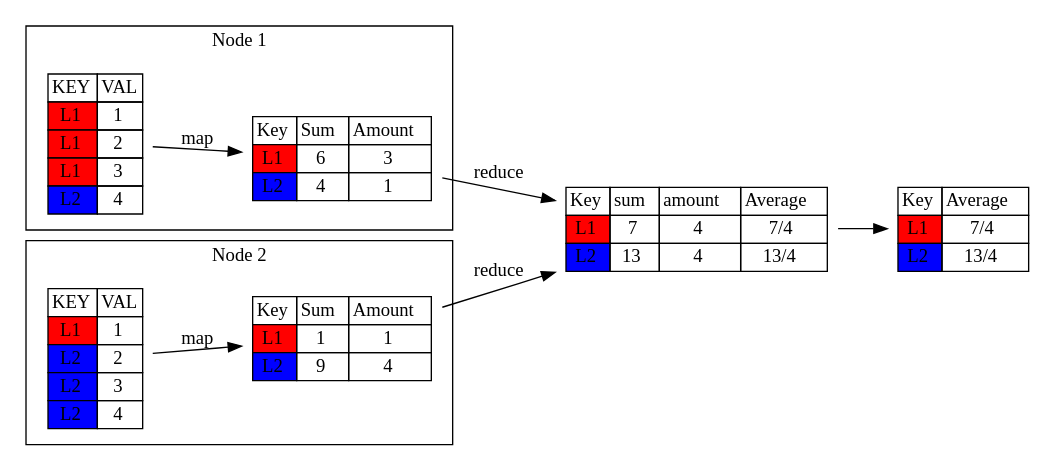
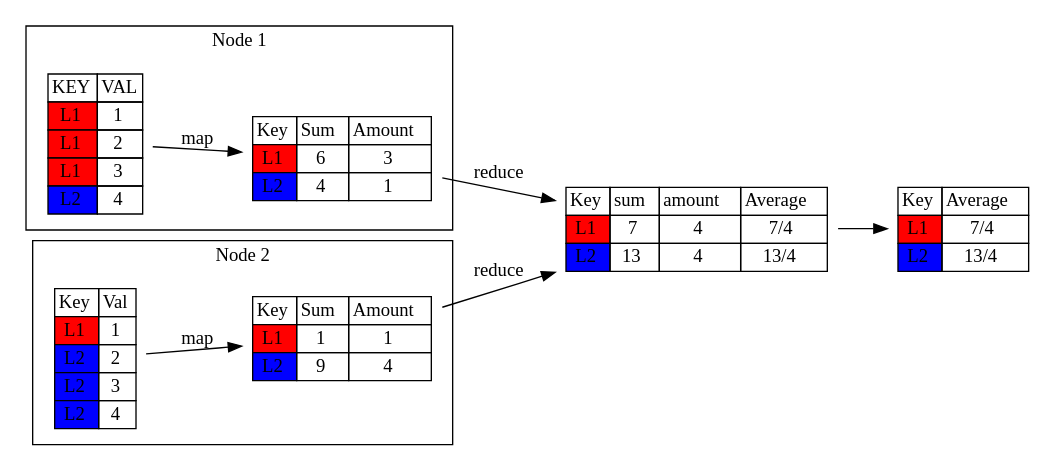
The diagram in mean-map-reduce.gv (dehasi/grapviz), drawn with Graphviz before and after one commit.

Commit message:
Add map reduce example

```diff
--- a/mean-map-reduce.gv
+++ b/mean-map-reduce.gv
@@ -1,66 +1,66 @@
 digraph G {
 rankdir=LR;
 
 subgraph cluster_1 {
   label="Node 1"
   node1 -> temp1 [label="map"]
 }
 
 subgraph cluster_2 {
   label="Node 2"
   node2 -> temp2 [label="map"]
 }
 
 temp1 -> trainer [label="reduce"]
 temp2 -> trainer [label="reduce"]
 trainer -> model
 
 node1 [shape=plaintext label=<
 <TABLE BORDER="0" CELLBORDER="1" CELLSPACING="0">
   <TR><TD>KEY</TD><TD>VAL</TD></TR>
   <TR><TD BGCOLOR="red" >L1</TD><TD>1</TD></TR>
   <TR><TD BGCOLOR="red">L1</TD><TD>2</TD></TR>
   <TR><TD BGCOLOR="red">L1</TD><TD>3</TD></TR>
   <TR><TD BGCOLOR="blue">L2</TD><TD>4</TD></TR>
 </TABLE>>];
 
 
 node2 [shape=plaintext label=<
 <TABLE BORDER="0" CELLBORDER="1" CELLSPACING="0">
-  <TR><TD>KEY</TD><TD>VAL</TD></TR>
+  <TR><TD>Key</TD><TD>Val</TD></TR>
   <TR><TD BGCOLOR="red">L1</TD><TD>1</TD></TR>
   <TR><TD BGCOLOR="blue">L2</TD><TD>2</TD></TR>
   <TR><TD BGCOLOR="blue">L2</TD><TD>3</TD></TR>
   <TR><TD BGCOLOR="blue">L2</TD><TD>4</TD></TR>
 </TABLE>>];
 
 temp1 [shape=plaintext label=<
 <TABLE BORDER="0" CELLBORDER="1" CELLSPACING="0">
   <TR><TD>Key</TD><TD>Sum</TD><TD>Amount</TD></TR>
   <TR><TD BGCOLOR="red" >L1</TD><TD>6</TD><TD>3</TD></TR>
   <TR><TD BGCOLOR="blue">L2</TD><TD>4</TD><TD>1</TD></TR>
 </TABLE>>];
 
 
 temp2 [shape=plaintext label=<
 <TABLE BORDER="0" CELLBORDER="1" CELLSPACING="0">
   <TR><TD>Key</TD><TD>Sum</TD><TD>Amount</TD></TR>
   <TR><TD BGCOLOR="red">L1</TD><TD>1</TD><TD>1</TD></TR>
   <TR><TD BGCOLOR="blue">L2</TD><TD>9</TD><TD>4</TD></TR>
 </TABLE>>];
 
 trainer [shape=plaintext label=<
 <TABLE BORDER="0" CELLBORDER="1" CELLSPACING="0">
   <TR><TD>Key</TD><TD>sum</TD><TD>amount</TD><TD>Average</TD></TR>
   <TR><TD BGCOLOR="red">L1</TD><TD>7</TD><TD>4</TD><TD>7/4</TD></TR>
   <TR><TD BGCOLOR="blue">L2</TD><TD>13</TD><TD>4</TD><TD>13/4</TD></TR>
 </TABLE>>];
 
 model [shape=plaintext label=<
 <TABLE BORDER="0" CELLBORDER="1" CELLSPACING="0">
   <TR><TD>Key</TD><TD>Average</TD></TR>
   <TR><TD BGCOLOR="red">L1</TD><TD>7/4</TD></TR>
   <TR><TD BGCOLOR="blue">L2</TD><TD>13/4</TD></TR>
 </TABLE>>];
 
 }
```
